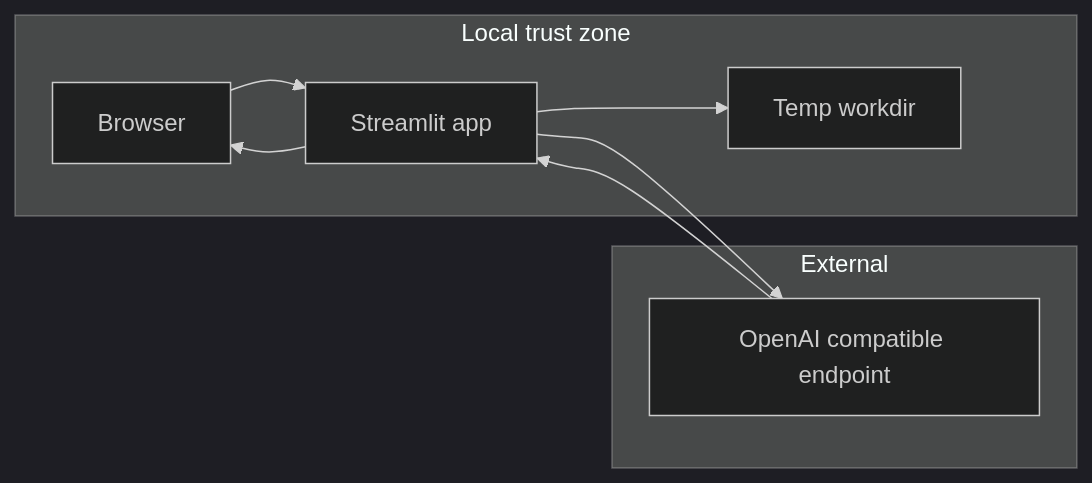
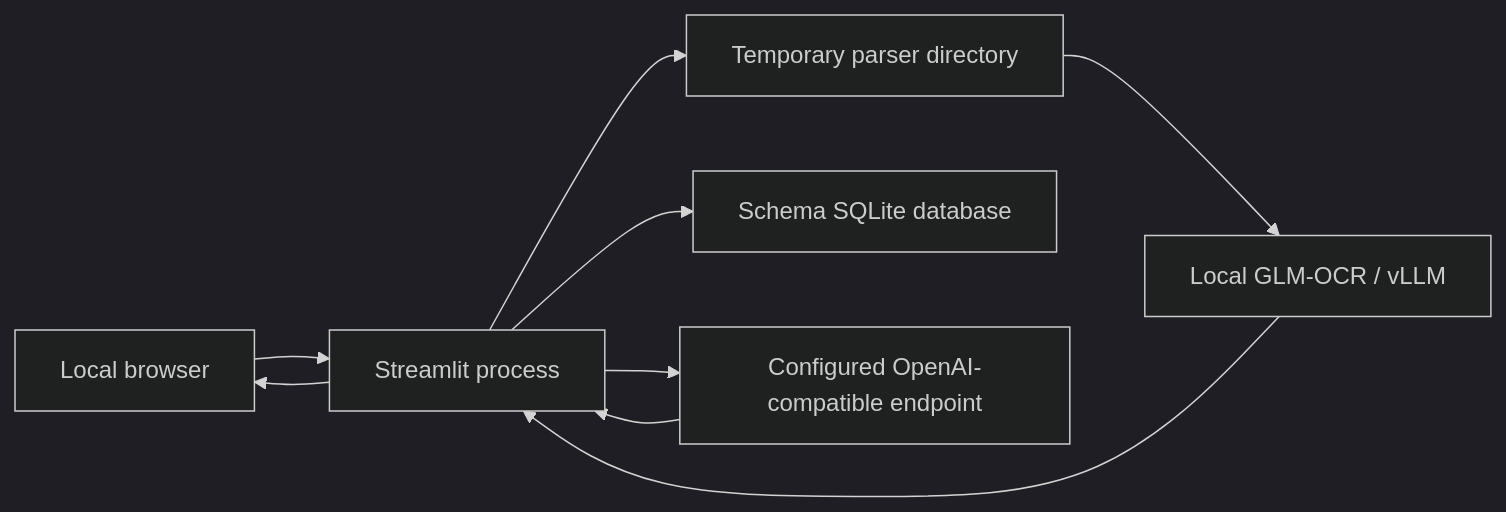
Before and after one commit to pypi-ahmad/grounded-docparse: the diagram in grounded-docparse-threat-model.md, drawn with Mermaid (dark theme). The commit also changed other lines of this file and 54 other files, not shown here.

First line of the commit message:
feat: release grounded GLM-OCR workflow v0.4.0

````diff
--- a/grounded-docparse-threat-model.md
+++ b/grounded-docparse-threat-model.md
@@ -37,16 +47,11 @@
 ```mermaid
 flowchart LR
-  subgraph Local["Local trust zone"]
-    Browser["Browser"]
-    Streamlit["Streamlit app"]
-    FS["Temp workdir"]
-  end
-  subgraph External["External"]
-    OpenAI["OpenAI compatible endpoint"]
-  end
-  Browser --> Streamlit
-  Streamlit --> FS
-  Streamlit --> OpenAI
-  OpenAI --> Streamlit
+  Browser["Local browser"] --> Streamlit["Streamlit process"]
+  Streamlit --> Temp["Temporary parser directory"]
+  Streamlit --> SQLite["Schema SQLite database"]
+  Temp --> GLM["Local GLM-OCR / vLLM"]
+  Streamlit --> Luna["Configured OpenAI-compatible endpoint"]
+  GLM --> Streamlit
+  Luna --> Streamlit
   Streamlit --> Browser
 ```
````
